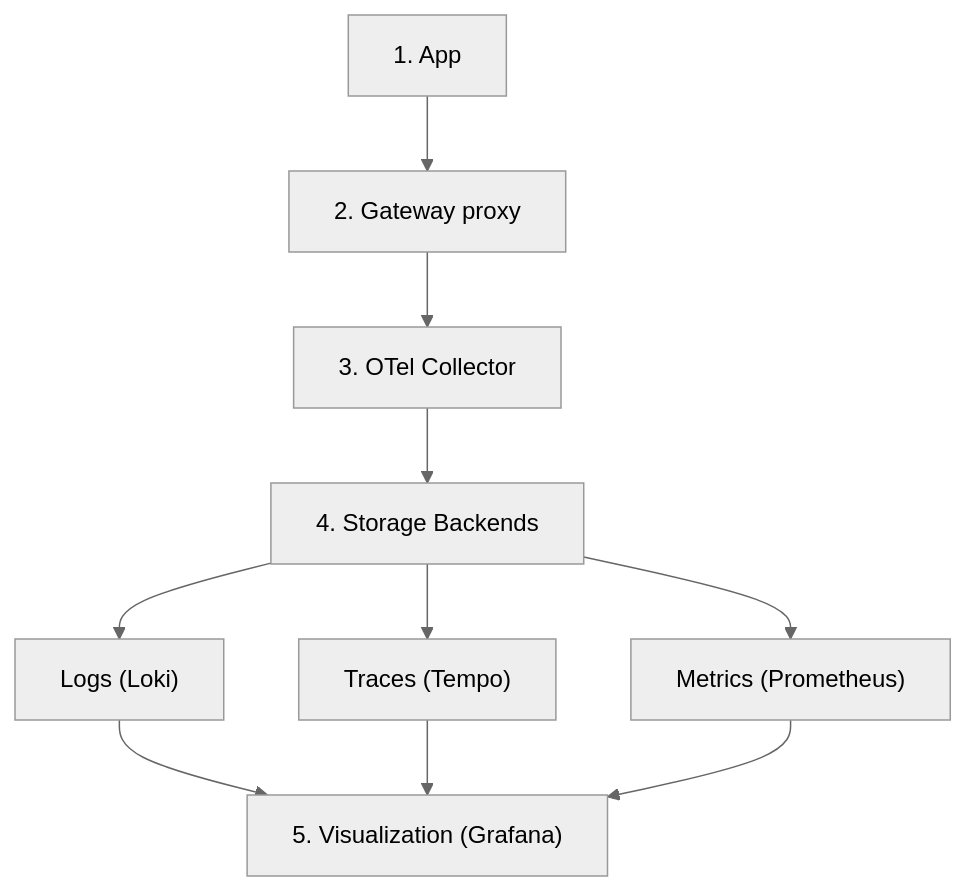
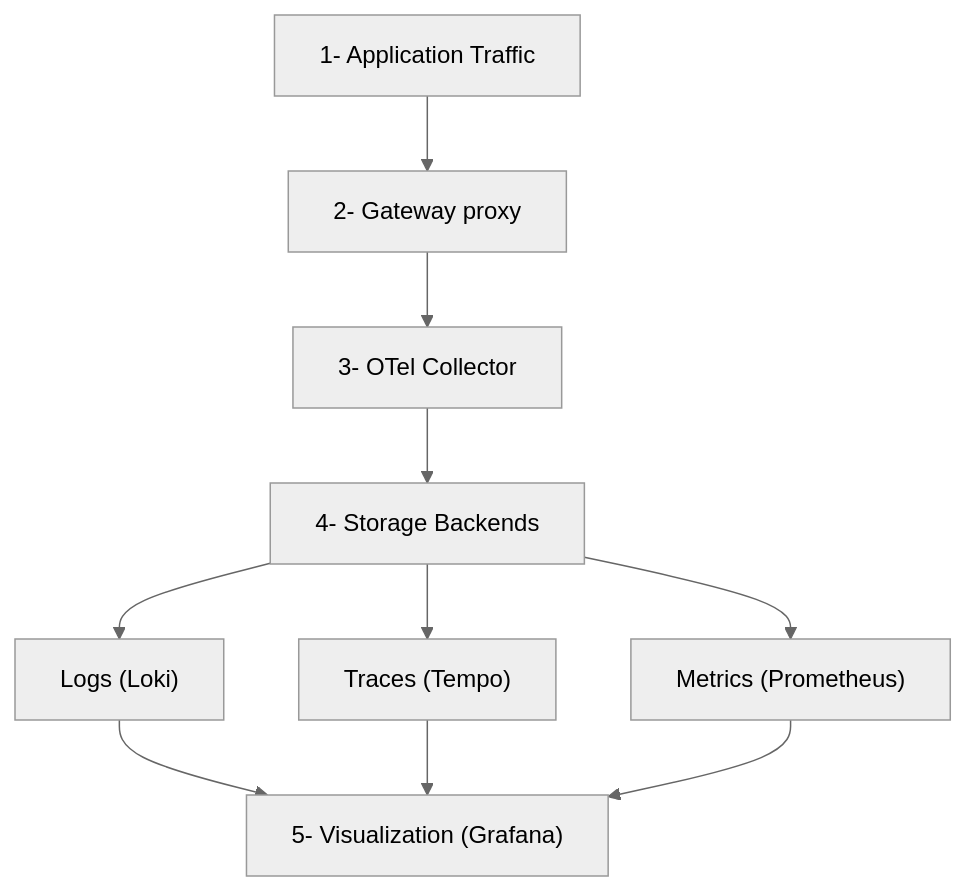
The diagram in content/docs/observability/otel-stack.md (kgateway-dev/kgateway.dev), drawn with Mermaid (neutral theme) before and after one commit. The commit also changed other lines of this file and 5 other files, not shown here.

````diff
--- a/content/docs/observability/otel-stack.md
+++ b/content/docs/observability/otel-stack.md
@@ -22,12 +22,12 @@
 ```mermaid
 flowchart TD
-    A["1. App"] --> B["2. Gateway proxy"]
-    B --> C["3. OTel Collector"]
-    C --> D["4. Storage Backends"]
+    A["1- Application Traffic"] --> B["2- Gateway proxy"]
+    B --> C["3- OTel Collector"]
+    C --> D["4- Storage Backends"]
     D --> D1["Logs (Loki)"]
     D --> D2["Traces (Tempo)"]
     D --> D3["Metrics (Prometheus)"]
-    D1 --> E["5. Visualization (Grafana)"]
+    D1 --> E["5- Visualization (Grafana)"]
     D2 --> E
     D3 --> E
 ```
````
